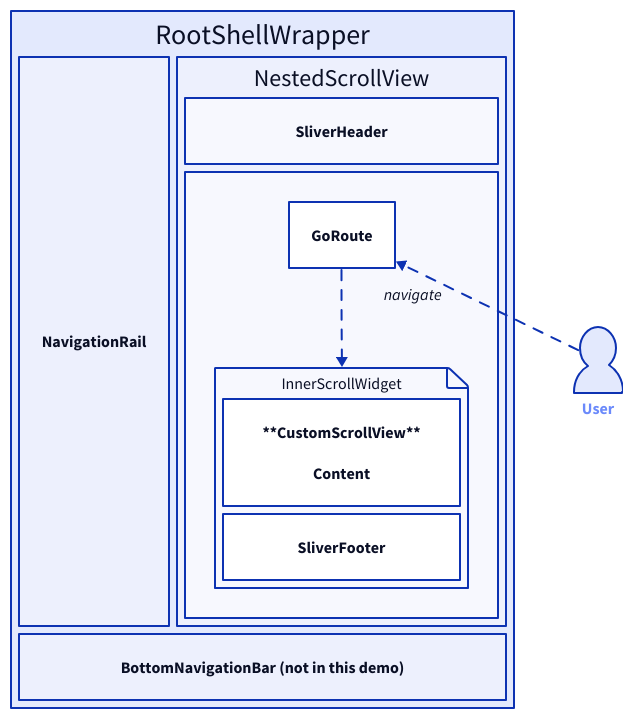
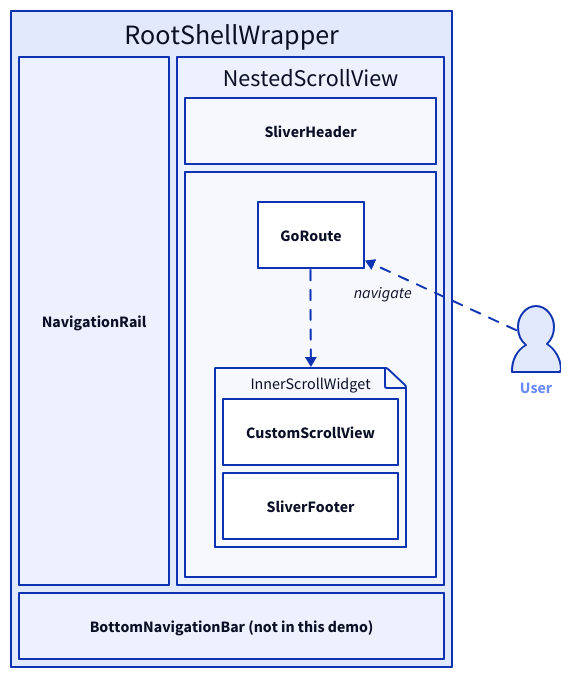
The diagram in assets/architecture.d2 (jlnrrg/nested-home-page-flutter), drawn with D2 before and after one commit. The commit also changed 1 other file, not shown here.

Commit message:
Doc: remove CustomScrollView markdown label

```diff
--- a/assets/architecture.d2
+++ b/assets/architecture.d2
@@ -1,42 +1,37 @@
 style: {
   fill: transparent
 }
 
 RootShellWrapper: {
   grid-gap: 8
   grid-rows: 2
   grid-rows: 2
   NavigationRail
   NestedScrollView: {
     grid-gap: 8
     grid-columns: 1
     SliverHeader
     Navigator: "" {
       GoRoute -> InnerScrollWidget: {
         style.animated: true
       }
       InnerScrollWidget.shape: page
       InnerScrollWidget: {
         grid-gap: 8
         grid-columns: 1
-        CustomScrollView: |md
-          **CustomScrollView**
-
-          Content
-        |
-        CustomScrollView.shape: rectangle
+        CustomScrollView
         SliverFooter
       }
     }
   }
   BottomNavigationBar: "BottomNavigationBar (not in this demo)"
 }
 
 User: {
   shape: person
   style.font-color: "#6B8AFB"
 }
 User -> RootShellWrapper.NestedScrollView.Navigator.GoRoute: {
   target-arrowhead.label: "navigate"
   style.animated: true
 }
```
